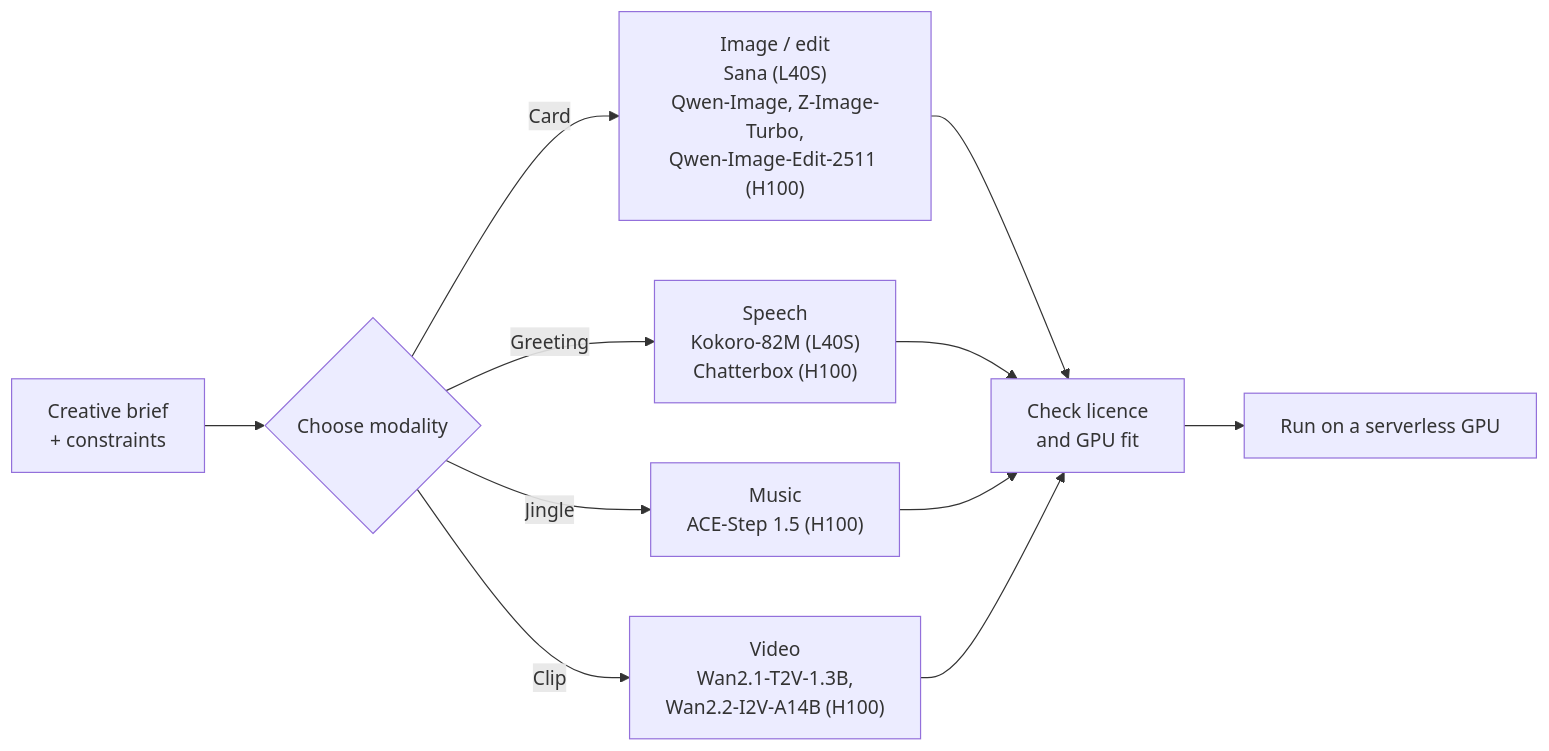
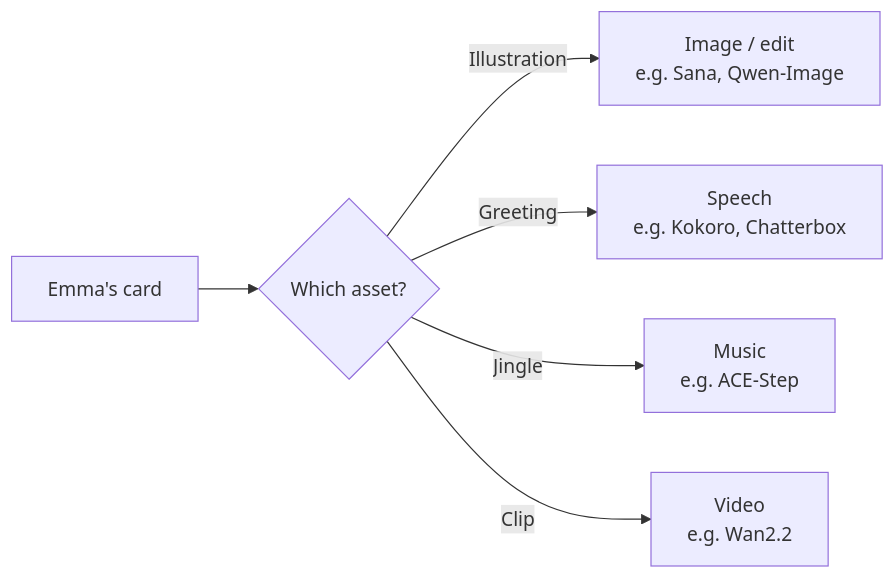
The first of 3 diagrams in 01-consistent-media-generation-on-serverless-gpus/01-landscape.md (DataTalksClub/production-ai-agents-for-media-generation), drawn with Mermaid before and after one commit. The commit also changed other lines of this file, not shown here.

Commit message:
01-landscape: step 4 Gate B revision 1 (story intro, Serverless moved to model table, visuals and links, projects you can try)

````diff
--- a/01-consistent-media-generation-on-serverless-gpus/01-landscape.md
+++ b/01-consistent-media-generation-on-serverless-gpus/01-landscape.md
@@ -37,13 +37,8 @@
 ```mermaid
 flowchart LR
-  Brief["Creative brief<br/>+ constraints"] --> Modality{"Choose modality"}
-  Modality -->|"Card"| Image["Image / edit<br/>Sana (L40S)<br/>Qwen-Image, Z-Image-Turbo,<br/>Qwen-Image-Edit-2511 (H100)"]
-  Modality -->|"Greeting"| Speech["Speech<br/>Kokoro-82M (L40S)<br/>Chatterbox (H100)"]
-  Modality -->|"Jingle"| Music["Music<br/>ACE-Step 1.5 (H100)"]
-  Modality -->|"Clip"| Video["Video<br/>Wan2.1-T2V-1.3B,<br/>Wan2.2-I2V-A14B (H100)"]
-  Image --> Check["Check licence<br/>and GPU fit"]
-  Speech --> Check
-  Music --> Check
-  Video --> Check
-  Check --> Worker["Run on a serverless GPU"]
+  Brief["Emma's card"] --> Modality{"Which asset?"}
+  Modality -->|"Illustration"| Image["Image / edit<br/>e.g. Sana, Qwen-Image"]
+  Modality -->|"Greeting"| Speech["Speech<br/>e.g. Kokoro, Chatterbox"]
+  Modality -->|"Jingle"| Music["Music<br/>e.g. ACE-Step"]
+  Modality -->|"Clip"| Video["Video<br/>e.g. Wan2.2"]
 ```
````
